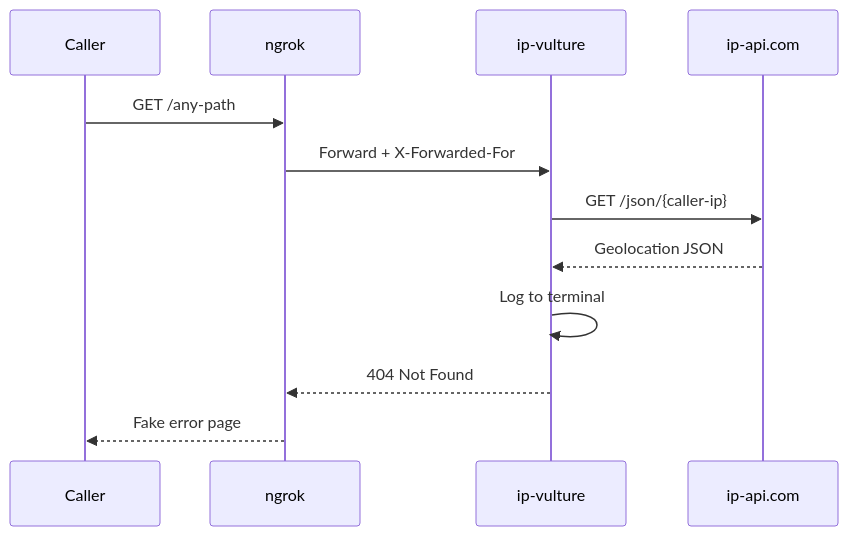
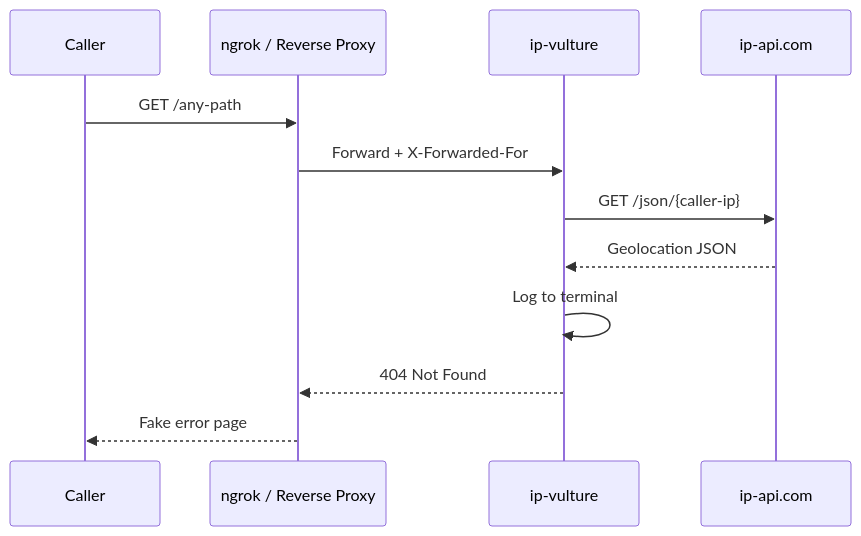
One commit to gufranco/ip-vulture changed the diagram in README.md. Above: the diagram before and after it, drawn with Mermaid. The commit also changed other lines of this file, not shown here.

````diff
--- a/README.md
+++ b/README.md
@@ -55,15 +56,15 @@
 ```mermaid
 sequenceDiagram
     participant C as Caller
-    participant N as ngrok
+    participant N as ngrok / Reverse Proxy
     participant S as ip-vulture
     participant G as ip-api.com
 
     C->>N: GET /any-path
     N->>S: Forward + X-Forwarded-For
     S->>G: GET /json/{caller-ip}
     G-->>S: Geolocation JSON
     S->>S: Log to terminal
     S-->>N: 404 Not Found
     N-->>C: Fake error page
 ```
````
